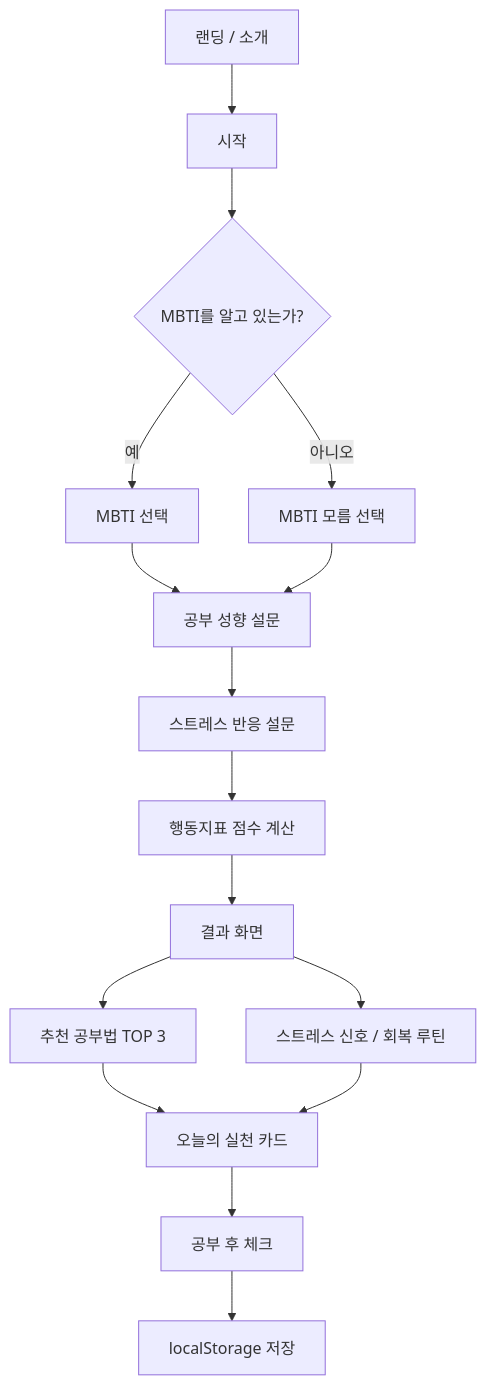
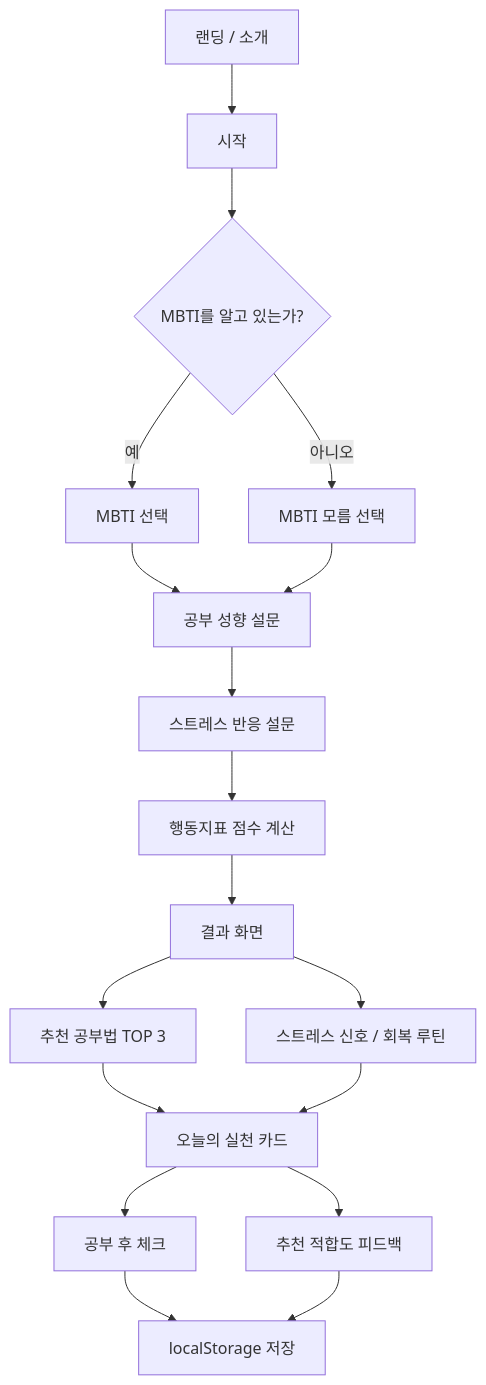
The diagram in docs/plan.md (Mureung1/hub-showcase), drawn with Mermaid before and after one commit. The commit also changed other lines of this file and 11 other files, not shown here.

````diff
--- a/docs/plan.md
+++ b/docs/plan.md
@@ -303,18 +358,20 @@
 ```mermaid
 flowchart TD
   A["랜딩 / 소개"] --> B["시작"]
   B --> C{"MBTI를 알고 있는가?"}
   C -- "예" --> D["MBTI 선택"]
   C -- "아니오" --> E["MBTI 모름 선택"]
   D --> F["공부 성향 설문"]
   E --> F
   F --> G["스트레스 반응 설문"]
   G --> H["행동지표 점수 계산"]
   H --> I["결과 화면"]
   I --> J["추천 공부법 TOP 3"]
   I --> K["스트레스 신호 / 회복 루틴"]
   J --> L["오늘의 실천 카드"]
   K --> L
   L --> M["공부 후 체크"]
+  L --> O["추천 적합도 피드백"]
   M --> N["localStorage 저장"]
+  O --> N
 ```
````
